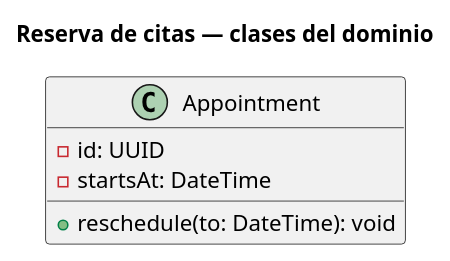
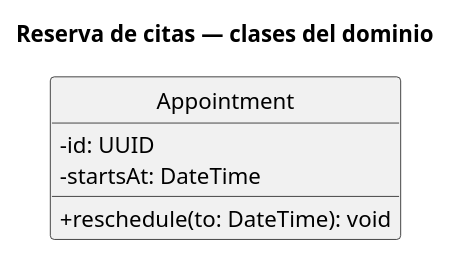
Before and after one commit to ergrato-dev/bc-uml: the diagram in CLAUDE.md, drawn with PlantUML. The commit also changed 164 other files, not shown here.

First line of the commit message:
feat(week-01): fundamentos de UML y PlantUML al estándar; scaffold de las semanas 03-10

````diff
--- a/CLAUDE.md
+++ b/CLAUDE.md
@@ -93,16 +93,20 @@
 ```plantuml
 @startuml
 ' Título obligatorio: lo que muestra el diagrama, no el tipo de diagrama
 title Reserva de citas — clases del dominio
 
 ' Sin skinparam de colores en los diagramas del estudiante: el tema por defecto
 ' se lee bien impreso y en pantalla. Solo se permite !theme en el lab de estilo.
+' Estas tres líneas sí van en todo diagrama de clases u objetos: quitan lo que
+' PlantUML añade y UML no define (círculo con letra, iconos de visibilidad).
+hide circle
 hide empty members
+skinparam classAttributeIconSize 0
 
 class Appointment {
   - id: UUID
   - startsAt: DateTime
   + reschedule(to: DateTime): void
 }
 @enduml
 ```
````
